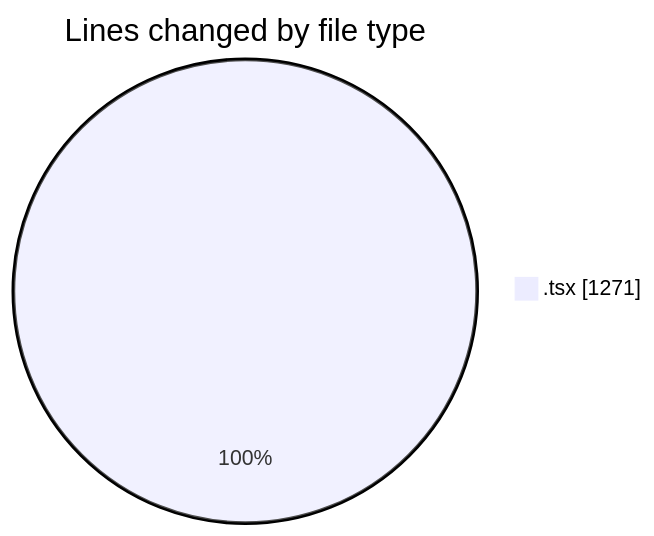
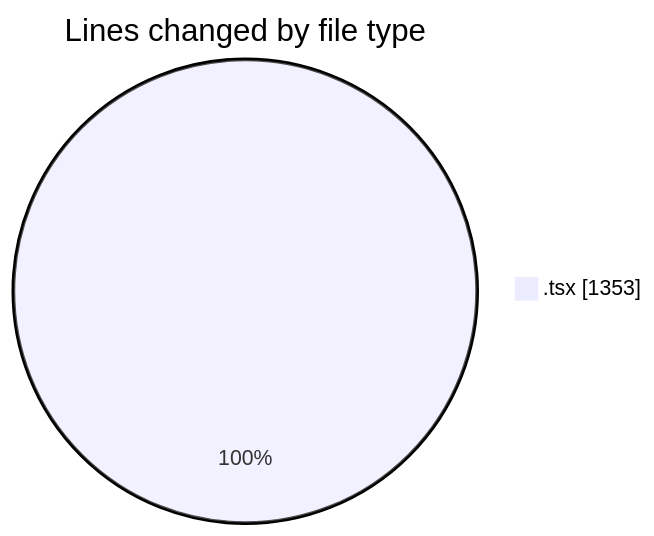
Before and after one commit to Ritupan-Deka/code-tracking: the first of 2 diagrams in 2025-10-20/scopecraft/README.md, drawn with Mermaid. The commit also changed other lines of this file and 1 other file, not shown here.

````diff
--- a/2025-10-20/scopecraft/README.md
+++ b/2025-10-20/scopecraft/README.md
@@ -30,5 +31,5 @@
 ```mermaid
 pie showData
 title Lines changed by file type
-".tsx" : 1271
+".tsx" : 1353
 ```
````
